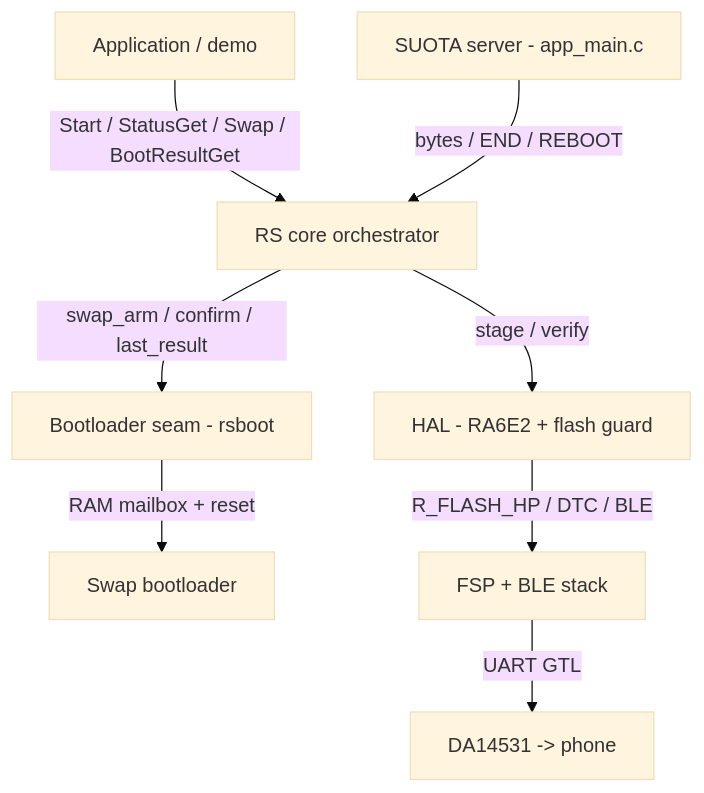
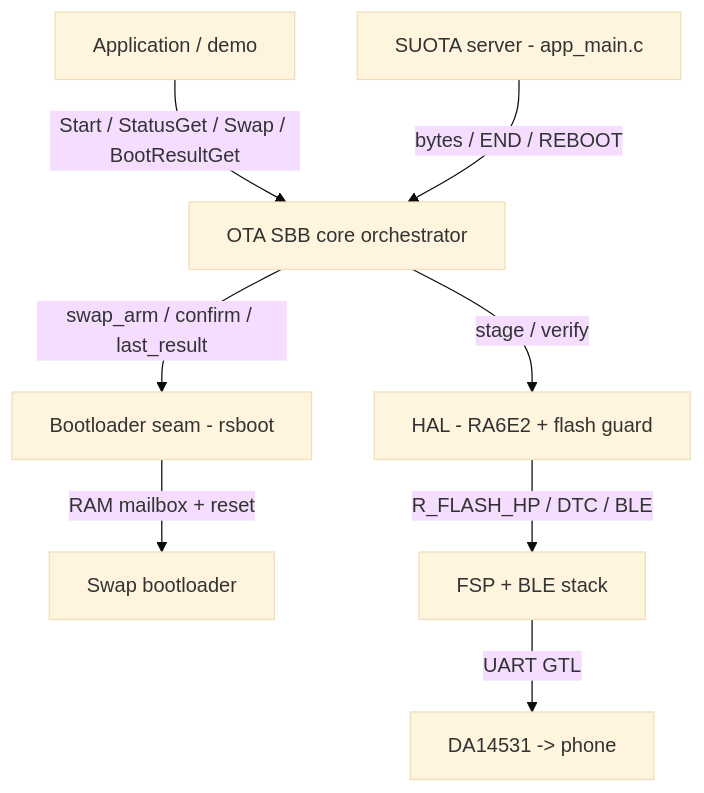
One commit to renesas/ota-firmware-update-over-ble changed the diagram in README.md. Above: the diagram before and after it, drawn with Mermaid (base theme). The commit also changed other lines of this file, not shown here.

Commit message:
README: remove the RS abbreviation" -m "Use 'OTA SBB', 'FW update over the air module' or 'OTA project' instead of 'RS'. File and folder names are unchanged.

````diff
--- a/README.md
+++ b/README.md
@@ -527,10 +527,10 @@
 ```mermaid
 flowchart TD
-    A[Application / demo] -->|Start / StatusGet / Swap / BootResultGet| B[RS core orchestrator]
+    A[Application / demo] -->|Start / StatusGet / Swap / BootResultGet| B[OTA SBB core orchestrator]
     S[SUOTA server - app_main.c] -->|bytes / END / REBOOT| B
     B -->|stage / verify| C[HAL - RA6E2 + flash guard]
     B -->|swap_arm / confirm / last_result| K[Bootloader seam - rsboot]
     K -->|RAM mailbox + reset| L[Swap bootloader]
     C -->|R_FLASH_HP / DTC / BLE| D[FSP + BLE stack]
     D -->|UART GTL| E[DA14531 -> phone]
 ```
````
